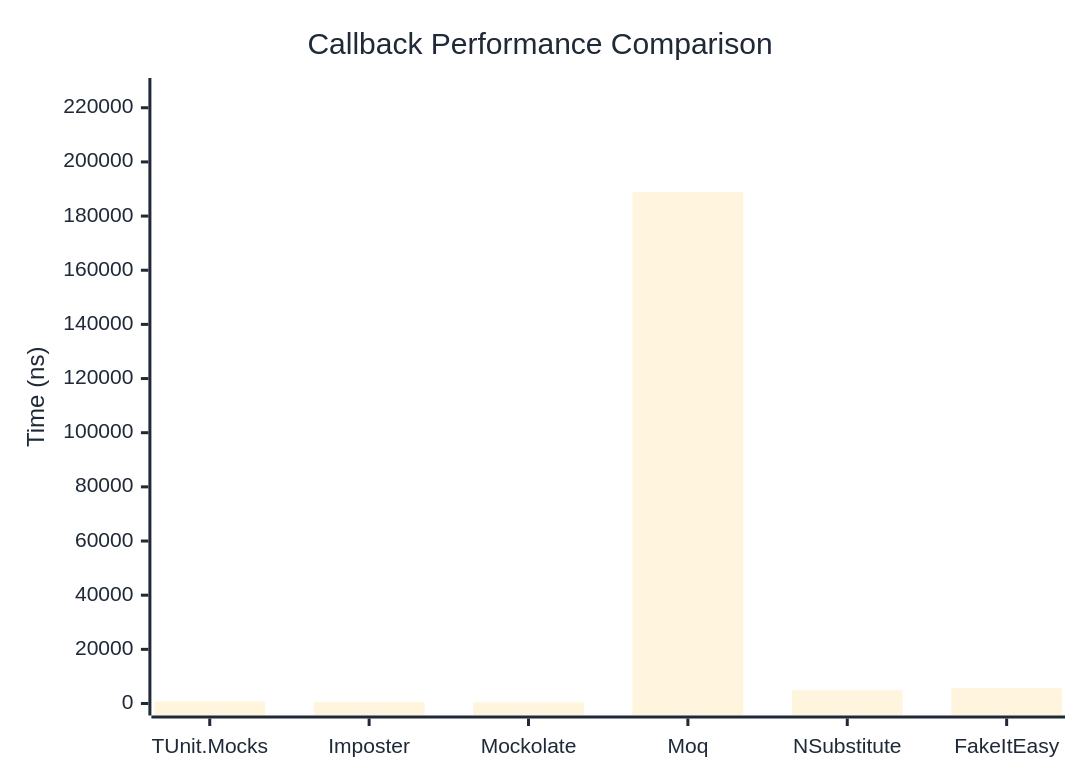
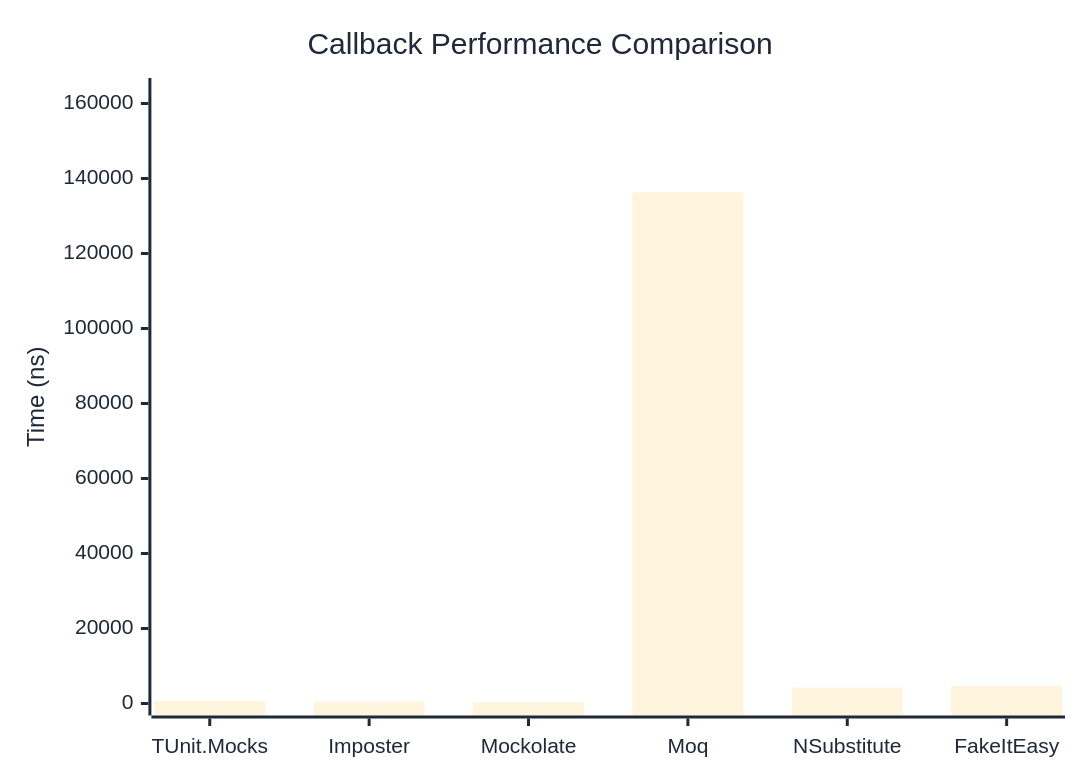
The first of 2 diagrams in docs/docs/benchmarks/mocks/Callback.md (thomhurst/TUnit), drawn with Mermaid before and after one commit. The commit also changed other lines of this file and 14 other files, not shown here.

````diff
--- a/docs/docs/benchmarks/mocks/Callback.md
+++ b/docs/docs/benchmarks/mocks/Callback.md
@@ -30,27 +30,27 @@
 ```mermaid
 %%{init: {
   'theme':'base',
   'themeVariables': {
     'primaryColor': '#2563eb',
     'primaryTextColor': '#1f2937',
     'primaryBorderColor': '#1e40af',
     'lineColor': '#6b7280',
     'secondaryColor': '#7c3aed',
     'tertiaryColor': '#dc2626',
     'background': '#ffffff',
     'pie1': '#2563eb',
     'pie2': '#7c3aed',
     'pie3': '#dc2626',
     'pie4': '#f59e0b',
     'pie5': '#10b981',
     'pie6': '#06b6d4',
     'pie7': '#ec4899',
     'pie8': '#6366f1'
   }
 }}%%
 xychart-beta
   title "Callback Performance Comparison"
   x-axis ["TUnit.Mocks", "Imposter", "Mockolate", "Moq", "NSubstitute", "FakeItEasy"]
-  y-axis "Time (ns)" 0 --> 226557
-  bar [758.7, 514.2, 404.1, 188797.2, 4930, 5657.7]
+  y-axis "Time (ns)" 0 --> 163598
+  bar [669, 483, 350.3, 136330.9, 4233.5, 4645.5]
 ```
````
